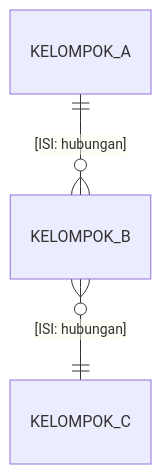
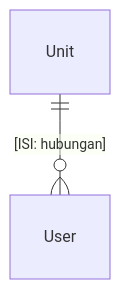
Before and after one commit to ypcipansor/cipansor: the sixth of 6 diagrams in .claude/skills/dokumen-aplikasi-cipansor/assets/template-teknis.md, drawn with Mermaid. The commit also changed other lines of this file and 68 other files, not shown here.

````diff
--- a/.claude/skills/dokumen-aplikasi-cipansor/assets/template-teknis.md
+++ b/.claude/skills/dokumen-aplikasi-cipansor/assets/template-teknis.md
@@ -247,6 +314,5 @@
 ```mermaid
-%% caption: Model data tingkat ranah — kelompok entitas dan hubungan utamanya
+%% caption: Model data tingkat ranah — model Prisma utama dan relasinya
 erDiagram
-  KELOMPOK_A ||--o{ KELOMPOK_B : "[ISI: hubungan]"
-  KELOMPOK_B }o--|| KELOMPOK_C : "[ISI: hubungan]"
+  Unit ||--o{ User : "[ISI: hubungan]"
 ```
````
